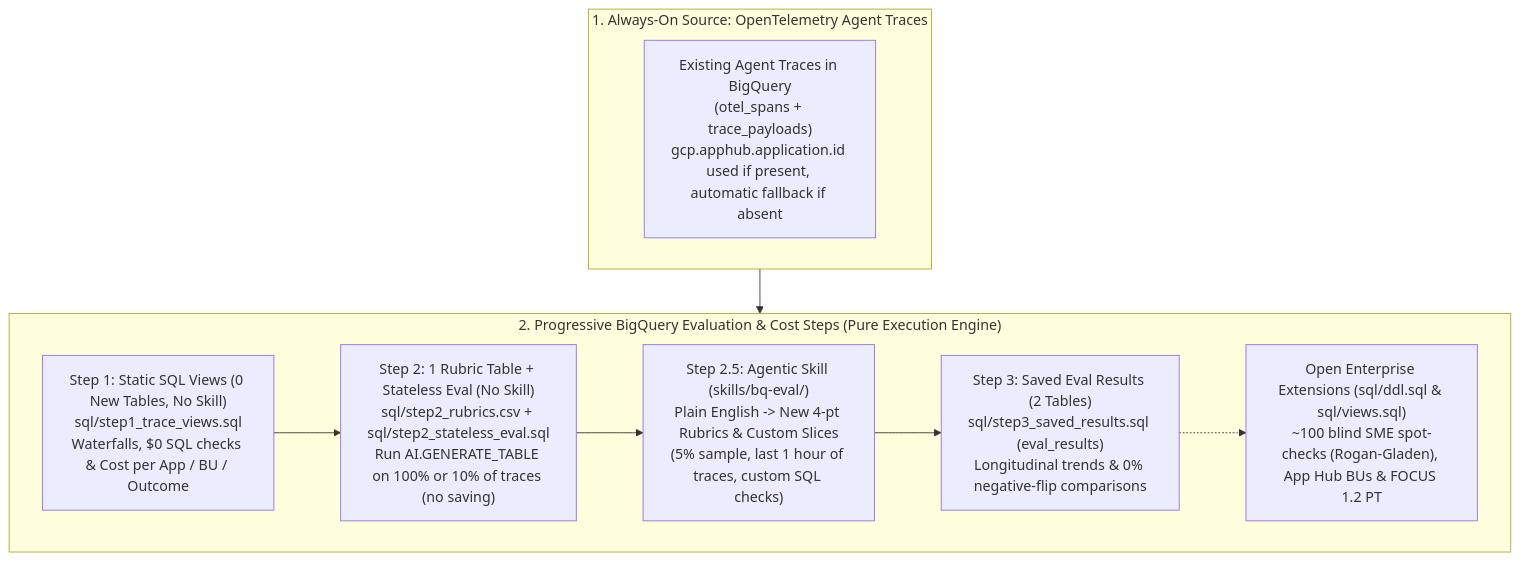
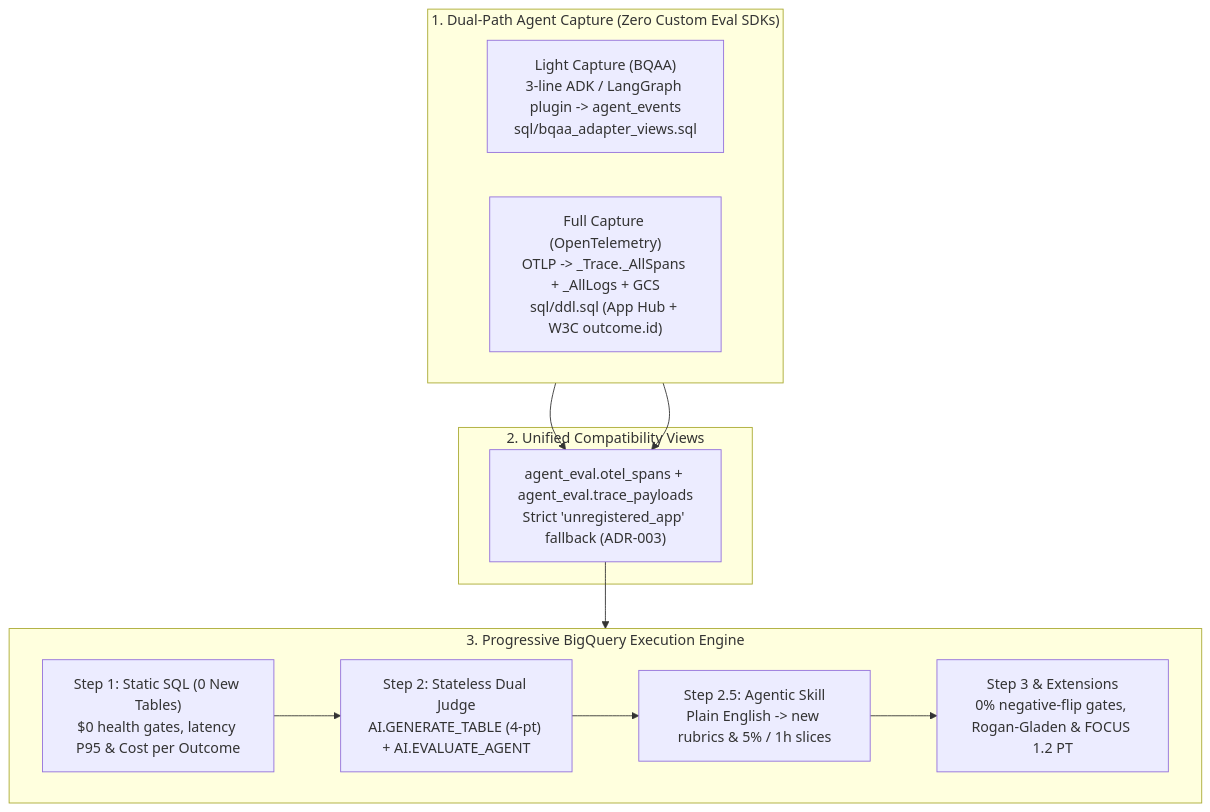
One commit to tvaroska/bq-eval changed the diagram in README.md. Above: the diagram before and after it, drawn with Mermaid. The commit also changed other lines of this file and 21 other files, not shown here.

Commit message:
feat(m5): land BQ Eval & FinOps v0.2.0 dual-path BQAA + OTel architecture

````diff
--- a/README.md
+++ b/README.md
@@ -160,22 +132,24 @@
 ```mermaid
 flowchart TB
-  subgraph L1["1. Always-On Source: OpenTelemetry Agent Traces"]
+  subgraph CAPTURE["1. Dual-Path Agent Capture (Zero Custom Eval SDKs)"]
     direction LR
-    TRACES["Existing Agent Traces in BigQuery<br/>(otel_spans + trace_payloads)<br/>gcp.apphub.application.id used if present, automatic fallback if absent"]
+    LIGHT["Light Capture (BQAA)\n3-line ADK / LangGraph plugin -> agent_events\nsql/bqaa_adapter_views.sql"]
+    FULL["Full Capture (OpenTelemetry)\nOTLP -> _Trace._AllSpans + _AllLogs + GCS\nsql/ddl.sql (App Hub + W3C outcome.id)"]
   end
 
-  subgraph L2["2. Progressive BigQuery Evaluation & Cost Steps (Pure Execution Engine)"]
-    direction LR
-    S1["Step 1: Static SQL Views (0 New Tables, No Skill)<br/>sql/step1_trace_views.sql<br/>Waterfalls, $0 SQL checks & Cost per App / BU / Outcome"]
-    S2["Step 2: 1 Rubric Table + Stateless Eval (No Skill)<br/>sql/step2_rubrics.csv + sql/step2_stateless_eval.sql<br/>Run AI.GENERATE_TABLE on 100% or 10% of traces (no saving)"]
-    S25["Step 2.5: Agentic Skill (skills/bq-eval/)<br/>Plain English -> New 4-pt Rubrics & Custom Slices<br/>(5% sample, last 1 hour of traces, custom SQL checks)"]
-    S3["Step 3: Saved Eval Results (2 Tables)<br/>sql/step3_saved_results.sql (eval_results)<br/>Longitudinal trends & 0% negative-flip comparisons"]
-    EXT["Open Enterprise Extensions (sql/ddl.sql & sql/views.sql)<br/>~100 blind SME spot-checks (Rogan-Gladen), App Hub BUs & FOCUS 1.2 PT"]
+  subgraph COMPAT["2. Unified Compatibility Views"]
+    VIEWS["agent_eval.otel_spans + agent_eval.trace_payloads\nStrict 'unregistered_app' fallback (ADR-003)"]
   end
 
-  TRACES --> S1
-  S1 --> S2
-  S2 --> S25
-  S25 --> S3
-  S3 -.-> EXT
+  subgraph ENGINE["3. Progressive BigQuery Execution Engine"]
+    direction LR
+    S1["Step 1: Static SQL (0 New Tables)\n$0 health gates, latency P95 & Cost per Outcome"]
+    S2["Step 2: Stateless Dual Judge\nAI.GENERATE_TABLE (4-pt) + AI.EVALUATE_AGENT"]
+    S25["Step 2.5: Agentic Skill\nPlain English -> new rubrics & 5% / 1h slices"]
+    S3["Step 3 & Extensions\n0% negative-flip gates, Rogan-Gladen & FOCUS 1.2 PT"]
+  end
+
+  LIGHT --> VIEWS
+  FULL --> VIEWS
+  VIEWS --> S1 --> S2 --> S25 --> S3
 ```
````
